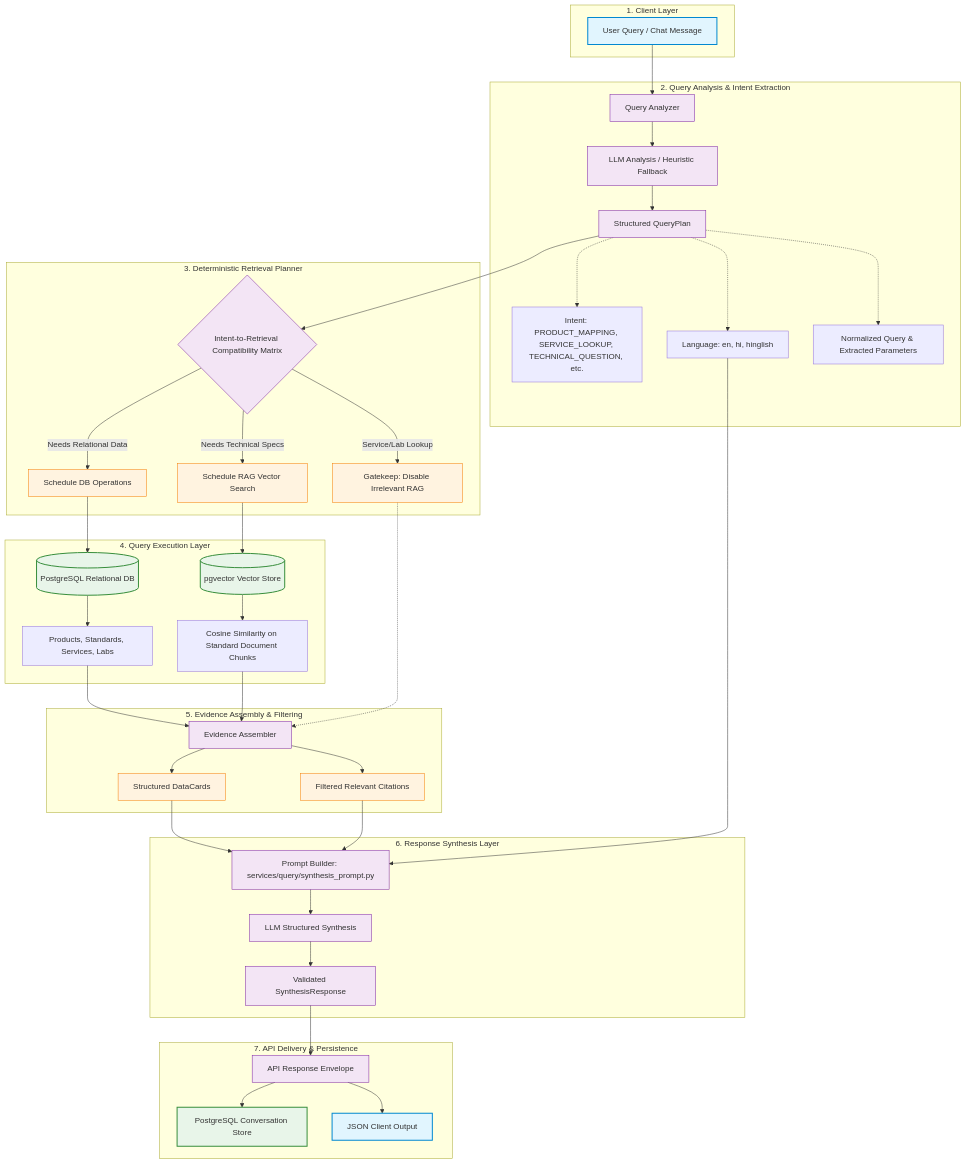
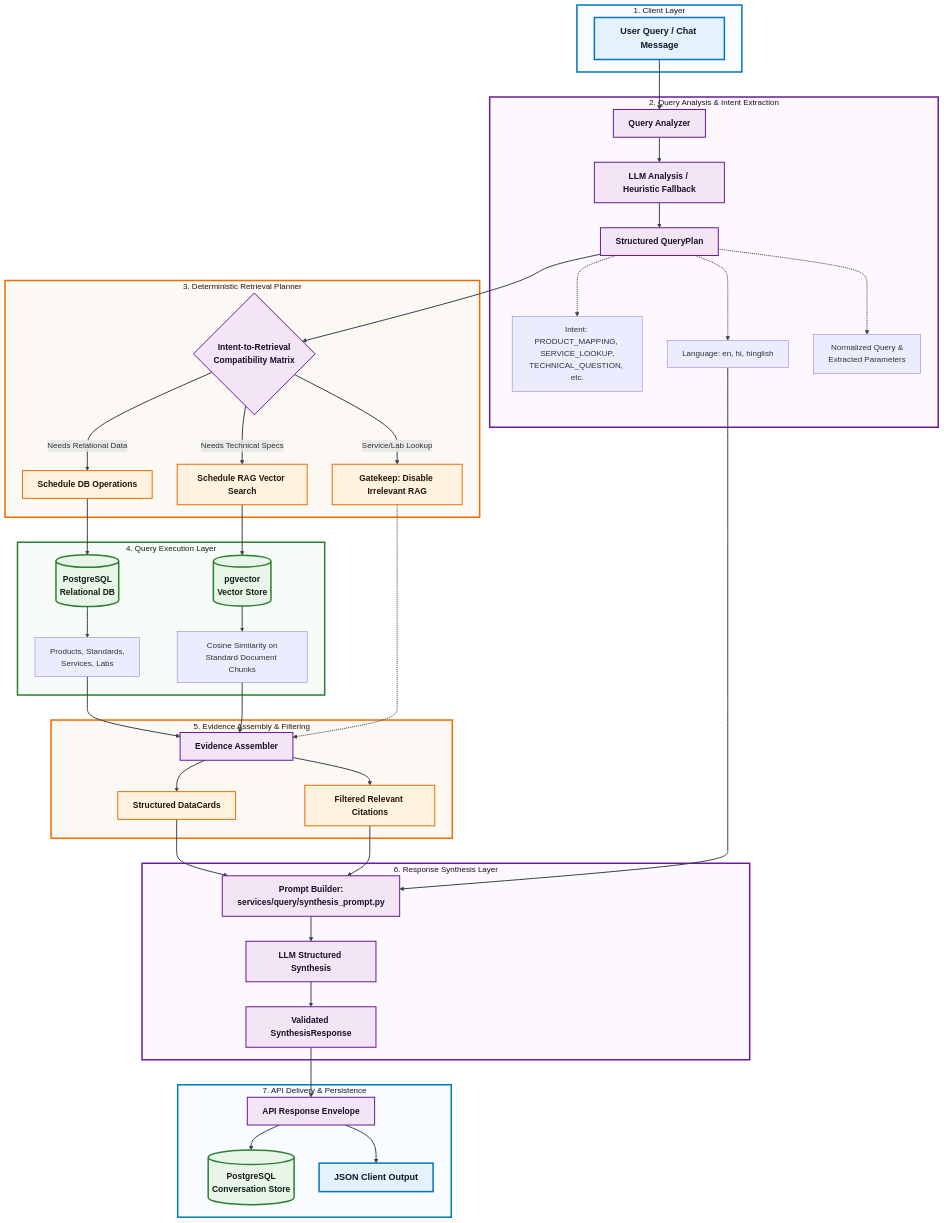
One commit to Yogesh-jaiswal/bis-intelligent-assistant changed the diagram in README.md. Above: the diagram before and after it, drawn with Mermaid. The commit also changed 1 other file, not shown here.

Commit message:
CI(Depedency change) Fixed the requirements.txt installation

````diff
--- a/README.md
+++ b/README.md
@@ -61,61 +61,77 @@
 ```mermaid
 flowchart TD
     subgraph Client["1. Client Layer"]
-        A[User Query / Chat Message]
+        A["User Query / Chat Message"]
     end
 
     subgraph Analysis["2. Query Analysis & Intent Extraction"]
-        A --> B[Query Analyzer]
-        B --> B1[LLM Analysis / Heuristic Fallback]
-        B1 --> C[Structured QueryPlan]
-        C -.-> C1["Intent: PRODUCT_MAPPING, SERVICE_LOOKUP, TECHNICAL_QUESTION, etc."]
+        A --> B["Query Analyzer"]
+        B --> B1["LLM Analysis / Heuristic Fallback"]
+        B1 --> C["Structured QueryPlan"]
+        C -.-> C1["Intent: PRODUCT_MAPPING, SERVICE_LOOKUP,<br/>TECHNICAL_QUESTION, etc."]
         C -.-> C2["Language: en, hi, hinglish"]
-        C -.-> C3["Normalized Query & Extracted Parameters"]
+        C -.-> C3["Normalized Query &<br/>Extracted Parameters"]
     end
 
     subgraph Planning["3. Deterministic Retrieval Planner"]
-        C --> D{Intent-to-Retrieval Compatibility Matrix}
-        D -->|Needs Relational Data| D1[Schedule DB Operations]
-        D -->|Needs Technical Specs| D2[Schedule RAG Vector Search]
-        D -->|Service/Lab Lookup| D3[Gatekeep: Disable Irrelevant RAG]
+        C --> D{"Intent-to-Retrieval<br/>Compatibility Matrix"}
+        D -->|Needs Relational Data| D1["Schedule DB Operations"]
+        D -->|Needs Technical Specs| D2["Schedule RAG Vector Search"]
+        D -->|Service/Lab Lookup| D3["Gatekeep: Disable Irrelevant RAG"]
     end
 
     subgraph Retrieval["4. Query Execution Layer"]
-        D1 --> E[(PostgreSQL Relational DB)]
-        E --> E1[Products, Standards, Services, Labs]
-        D2 --> F[(pgvector Vector Store)]
-        F --> F1[Cosine Similarity on Standard Document Chunks]
+        D1 --> E[("PostgreSQL<br/>Relational DB")]
+        E --> E1["Products, Standards,<br/>Services, Labs"]
+        D2 --> F[("pgvector<br/>Vector Store")]
+        F --> F1["Cosine Similarity on<br/>Standard Document Chunks"]
     end
 
     subgraph Assembly["5. Evidence Assembly & Filtering"]
-        E1 --> G[Evidence Assembler]
+        E1 --> G["Evidence Assembler"]
         F1 --> G
         D3 -.-> G
-        G --> H1[Structured DataCards]
-        G --> H2[Filtered Relevant Citations]
+        G --> H1["Structured DataCards"]
+        G --> H2["Filtered Relevant Citations"]
     end
 
     subgraph Synthesis["6. Response Synthesis Layer"]
-        H1 --> I[Prompt Builder: services/query/synthesis_prompt.py]
+        H1 --> I["Prompt Builder:<br/>services/query/synthesis_prompt.py"]
         H2 --> I
         C2 --> I
-        I --> J[LLM Structured Synthesis]
-        J --> K[Validated SynthesisResponse]
+        I --> J["LLM Structured Synthesis"]
+        J --> K["Validated SynthesisResponse"]
     end
 
     subgraph Delivery["7. API Delivery & Persistence"]
-        K --> L[API Response Envelope]
-        L --> M[PostgreSQL Conversation Store]
-        L --> N[JSON Client Output]
+        K --> L["API Response Envelope"]
+        L --> M[("PostgreSQL<br/>Conversation Store")]
+        L --> N["JSON Client Output"]
     end
 
-    classDef client fill:#e1f5fe,stroke:#0288d1,stroke-width:2px;
-    classDef step fill:#f3e5f5,stroke:#7b1fa2,stroke-width:1px;
-    classDef db fill:#e8f5e9,stroke:#388e3c,stroke-width:2px;
-    classDef proc fill:#fff3e0,stroke:#f57c00,stroke-width:1px;
+    %% ---------- Node Styles ----------
+
+    classDef client fill:#E3F2FD,stroke:#0277BD,stroke-width:3px,color:#0D1B2A,font-size:18px,font-weight:bold;
+    classDef step fill:#F3E5F5,stroke:#6A1B9A,stroke-width:2px,color:#1A1025,font-size:17px,font-weight:bold;
+    classDef db fill:#E8F5E9,stroke:#2E7D32,stroke-width:3px,color:#102014,font-size:17px,font-weight:bold;
+    classDef proc fill:#FFF3E0,stroke:#EF6C00,stroke-width:2px,color:#25170A,font-size:17px,font-weight:bold;
 
     class A,N client;
     class B,B1,C,D,G,I,J,K,L step;
     class E,F,M db;
     class D1,D2,D3,H1,H2 proc;
+
+    %% ---------- Subgraph Styling ----------
+
+    style Client fill:#F8FBFF,stroke:#0277BD,stroke-width:3px,color:#0D1B2A
+    style Analysis fill:#FCF8FD,stroke:#6A1B9A,stroke-width:3px,color:#1A1025
+    style Planning fill:#FCF9F5,stroke:#EF6C00,stroke-width:3px,color:#25170A
+    style Retrieval fill:#F7FCF8,stroke:#2E7D32,stroke-width:3px,color:#102014
+    style Assembly fill:#FCF9F5,stroke:#EF6C00,stroke-width:3px,color:#25170A
+    style Synthesis fill:#FCF8FD,stroke:#6A1B9A,stroke-width:3px,color:#1A1025
+    style Delivery fill:#F8FBFF,stroke:#0277BD,stroke-width:3px,color:#0D1B2A
+
+    %% ---------- Link Styling ----------
+
+    linkStyle default stroke:#374151,stroke-width:2px;
 ```
````
